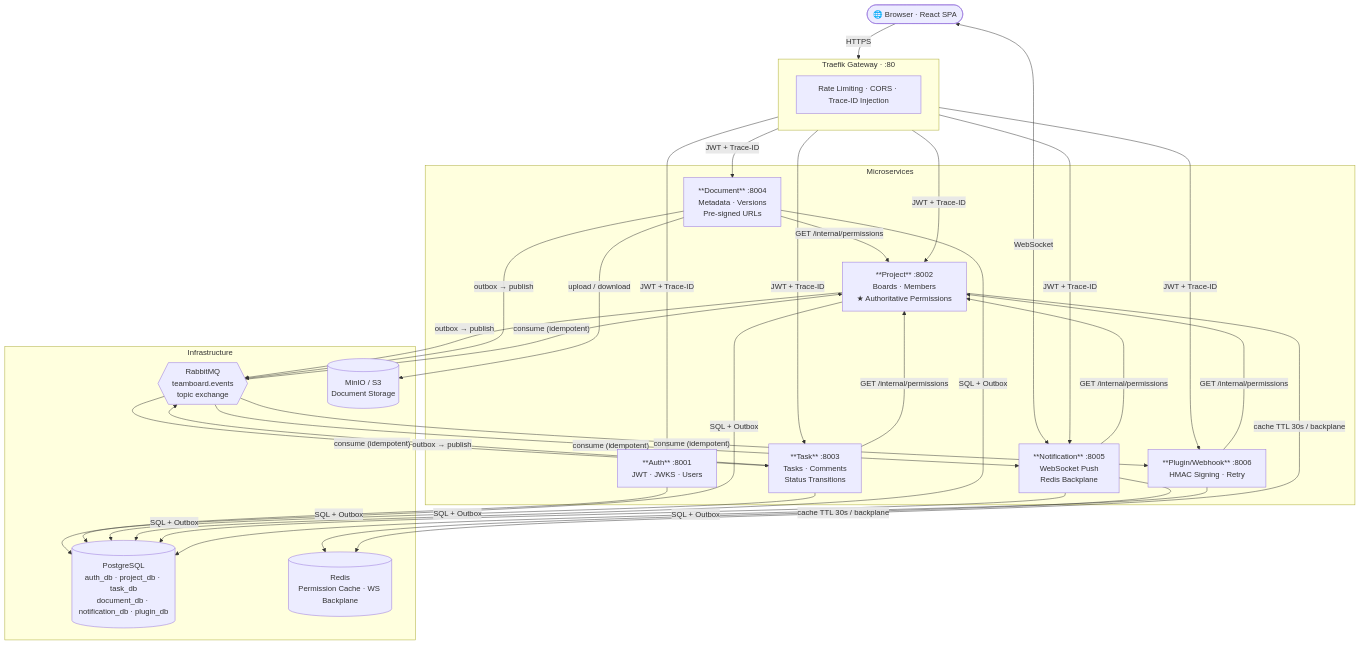
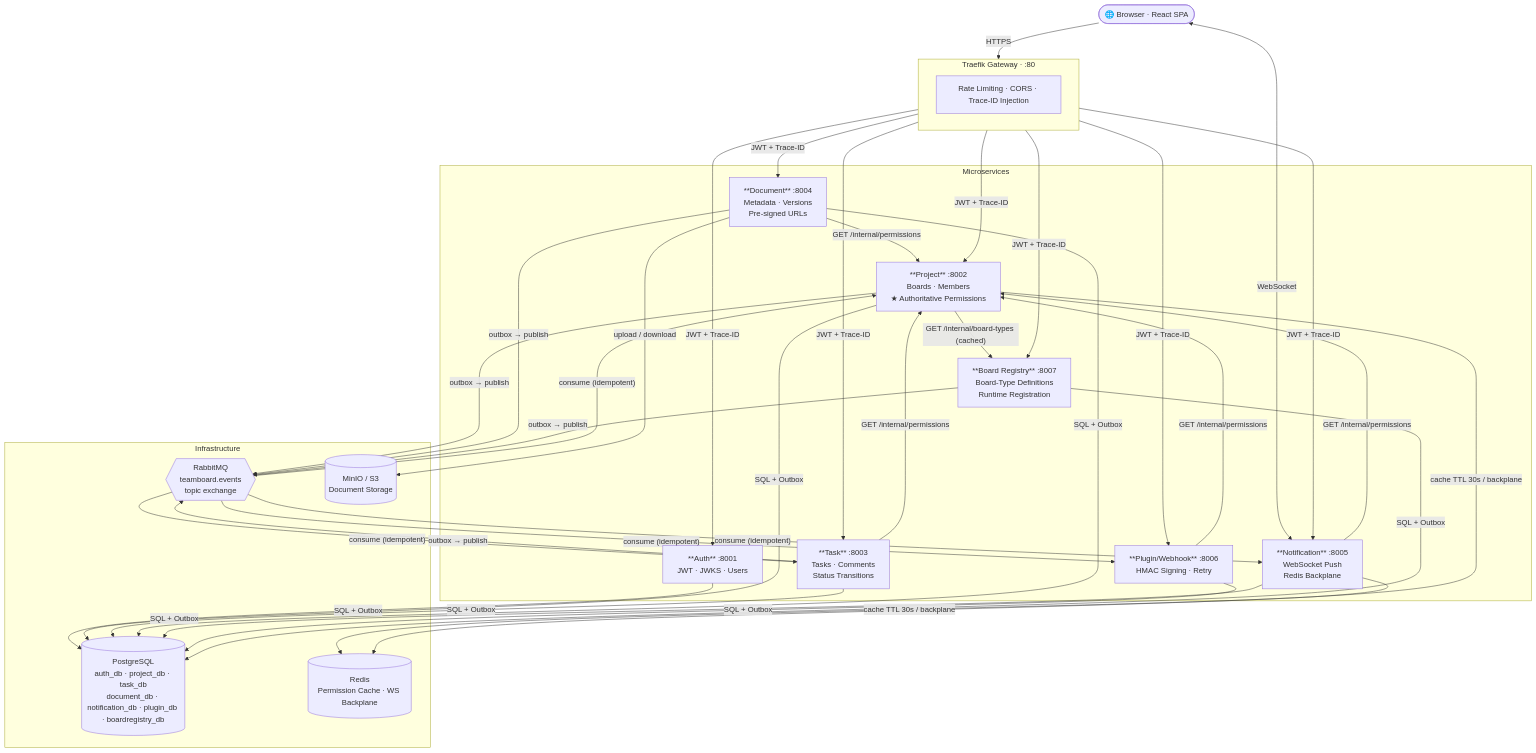
The diagram in docs/architecture-diagram.md (fh-wedel/MSA26-TeamBoard-Gruppe-D), drawn with Mermaid before and after one commit. The commit also changed 77 other files, not shown here.

First line of the commit message:
feat: runtime board-type extensibility via dedicated Board Registry service

````diff
--- a/docs/architecture-diagram.md
+++ b/docs/architecture-diagram.md
@@ -3,38 +3,40 @@
 ```mermaid
 graph TB
     Browser(["🌐 Browser · React SPA"])
 
     subgraph GW["Traefik Gateway · :80"]
         T["Rate Limiting · CORS · Trace-ID Injection"]
     end
 
     subgraph SVC["Microservices"]
         Auth["**Auth** :8001\nJWT · JWKS · Users"]
         Project["**Project** :8002\nBoards · Members\n★ Authoritative Permissions"]
         Task["**Task** :8003\nTasks · Comments\nStatus Transitions"]
         Document["**Document** :8004\nMetadata · Versions\nPre-signed URLs"]
         Notification["**Notification** :8005\nWebSocket Push\nRedis Backplane"]
         Plugin["**Plugin/Webhook** :8006\nHMAC Signing · Retry"]
+        BoardRegistry["**Board Registry** :8007\nBoard-Type Definitions\nRuntime Registration"]
     end
 
     subgraph INFRA["Infrastructure"]
-        PG[("PostgreSQL\nauth_db · project_db · task_db\ndocument_db · notification_db · plugin_db")]
+        PG[("PostgreSQL\nauth_db · project_db · task_db\ndocument_db · notification_db · plugin_db · boardregistry_db")]
         Redis[("Redis\nPermission Cache · WS Backplane")]
         MQ{{"RabbitMQ\nteamboard.events\ntopic exchange"}}
         S3[("MinIO / S3\nDocument Storage")]
     end
 
     Browser -- "HTTPS" --> GW
     Browser <-- "WebSocket" --> Notification
-    GW -- "JWT + Trace-ID" --> Auth & Project & Task & Document & Notification & Plugin
+    GW -- "JWT + Trace-ID" --> Auth & Project & Task & Document & Notification & Plugin & BoardRegistry
 
     Task & Document & Notification & Plugin -- "GET /internal/permissions" --> Project
+    Project -- "GET /internal/board-types (cached)" --> BoardRegistry
 
-    Auth & Project & Task & Document & Notification & Plugin -- "SQL + Outbox" --> PG
+    Auth & Project & Task & Document & Notification & Plugin & BoardRegistry -- "SQL + Outbox" --> PG
 
-    Project & Task & Document -- "outbox → publish" --> MQ
+    Project & Task & Document & BoardRegistry -- "outbox → publish" --> MQ
     MQ -- "consume (idempotent)" --> Task & Notification & Plugin & Project
 
     Notification & Project -- "cache TTL 30s / backplane" --> Redis
     Document -- "upload / download" --> S3
 ```
````
